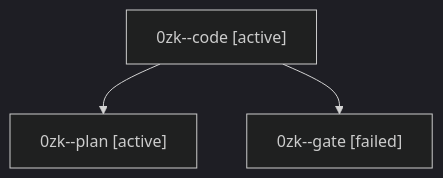
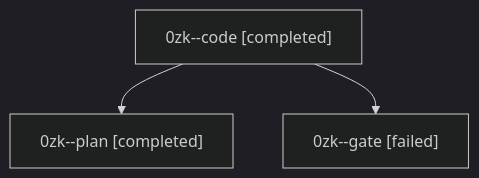
Before and after one commit to bobs-org/bob-cli--agents: the diagram in sessions/bbugyi200.athena.0zk.md, drawn with Mermaid (dark theme). The commit also changed other lines of this file and 36 other files, not shown here.

````diff
--- a/sessions/bbugyi200.athena.0zk.md
+++ b/sessions/bbugyi200.athena.0zk.md
@@ -9,8 +9,8 @@
 ```mermaid
 flowchart TD
-  n0["0zk--code [active]"]
-  n1["0zk--plan [active]"]
+  n0["0zk--code [completed]"]
+  n1["0zk--plan [completed]"]
   n0 --> n1
   n2["0zk--gate [failed]"]
   n0 --> n2
 ```
````
